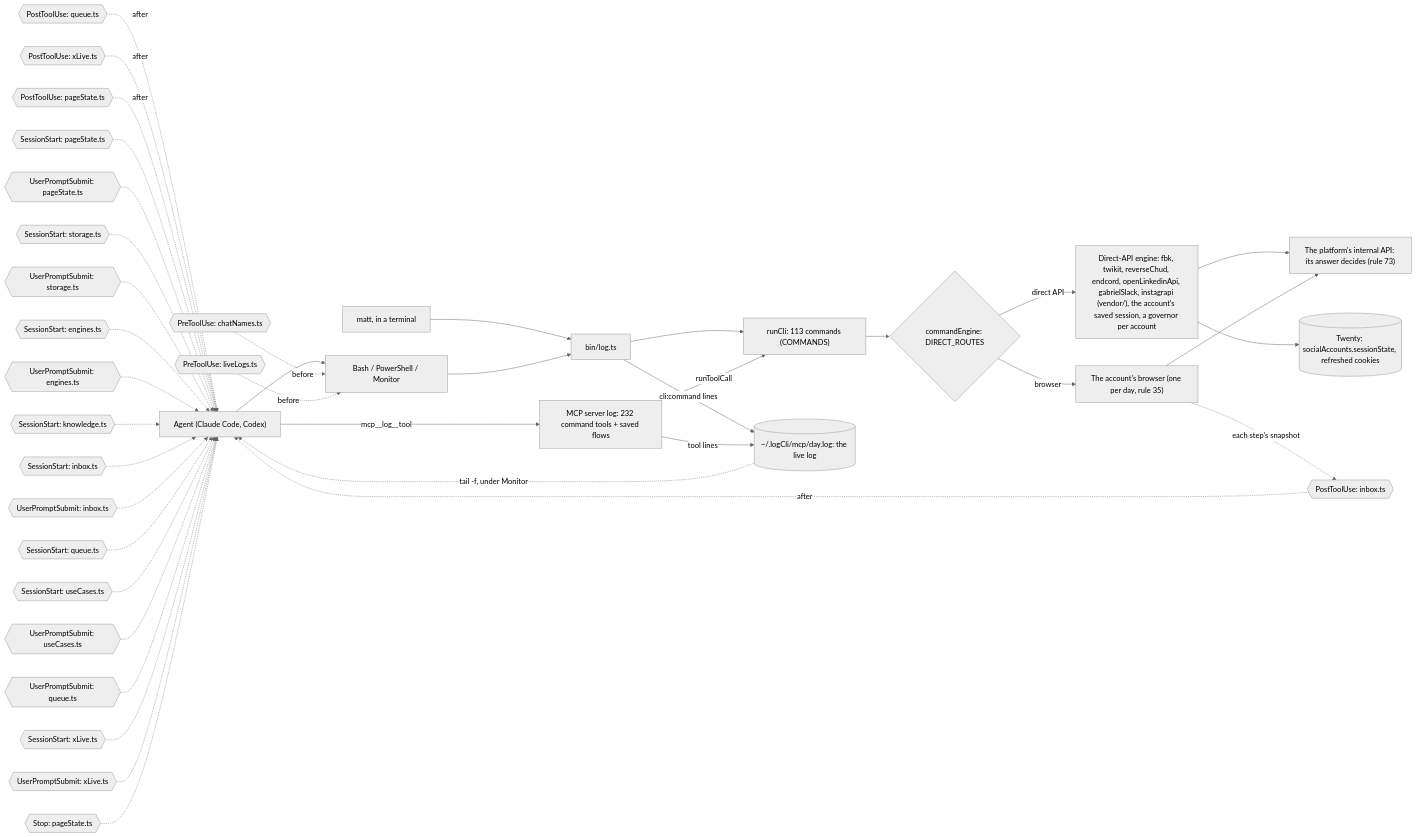
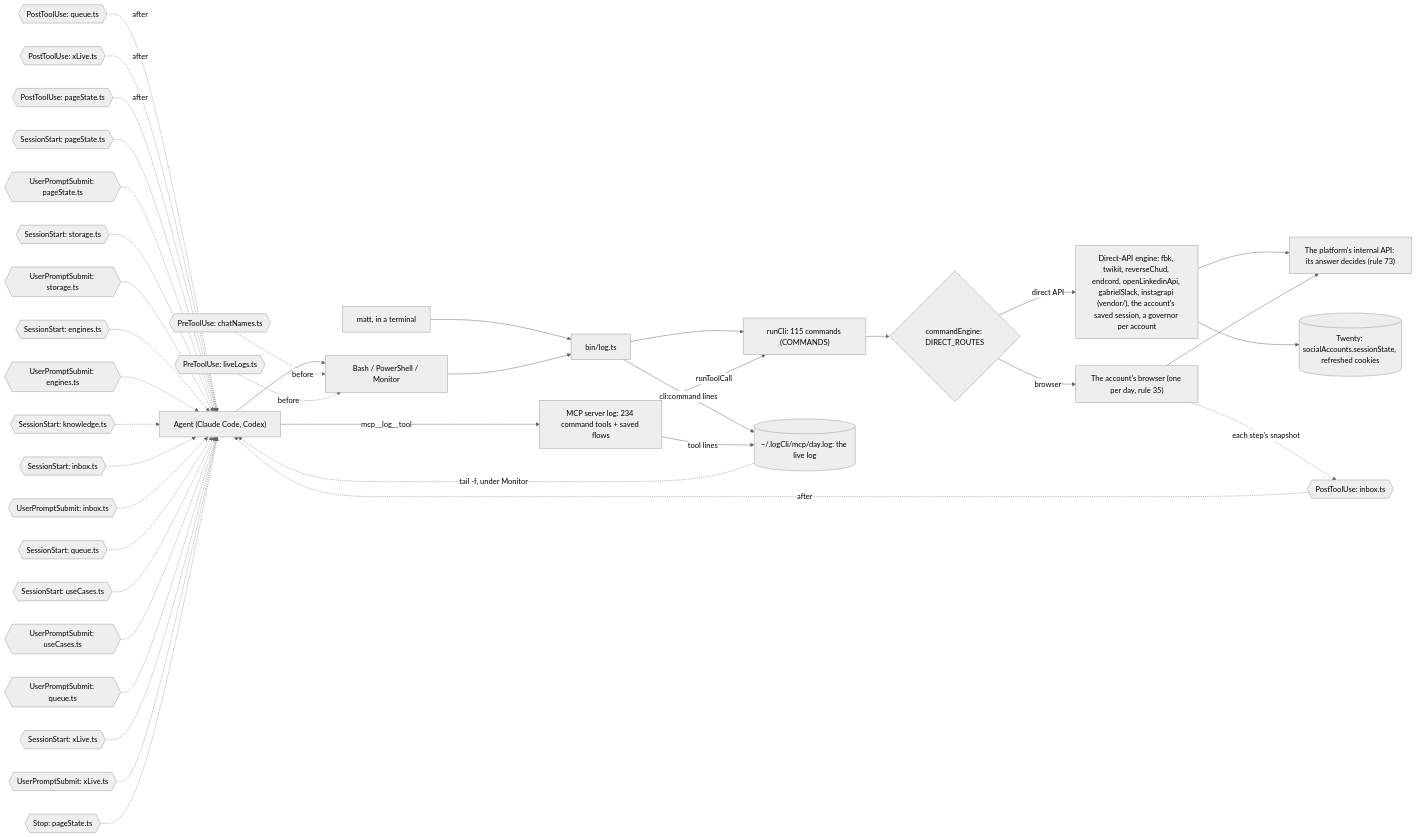
Before and after one commit to matthewdonsemail-lab/log: the third of 6 diagrams in docs/reference.md, drawn with Mermaid (neutral theme). The commit also changed other lines of this file and 46 other files, not shown here.

````diff
--- a/docs/reference.md
+++ b/docs/reference.md
@@ -195,53 +195,53 @@
 ```mermaid
 flowchart LR
   agent["Agent (Claude Code, Codex)"]
   matt["matt, in a terminal"]
   shell["Bash / PowerShell / Monitor"]
-  mcp["MCP server log: 232 command tools + saved flows"]
+  mcp["MCP server log: 234 command tools + saved flows"]
   bin["bin/log.ts"]
-  runCli["runCli: 113 commands (COMMANDS)"]
+  runCli["runCli: 115 commands (COMMANDS)"]
   live[("~/.logCli/mcp/day.log: the live log")]
   engine{"commandEngine: DIRECT_ROUTES"}
   direct["Direct-API engine: fbk, twikit, reverseChud, endcord, openLinkedinApi, gabrielSlack, instagrapi (vendor/), the account's saved session, a governor per account"]
   browser["The account's browser (one per day, rule 35)"]
   api["The platform's internal API: its answer decides (rule 73)"]
   twenty[("Twenty: socialAccounts.sessionState, refreshed cookies")]
   agent --> shell
   matt --> bin
   shell --> bin
   agent -->|mcp__log__tool| mcp
   bin --> runCli
   mcp -->|runToolCall| runCli
   runCli --> engine
   engine -->|direct API| direct
   engine -->|browser| browser
   direct --> api
   browser --> api
   direct --> twenty
   bin -->|cli:command lines| live
   mcp -->|tool lines| live
   live -.->|tail -f, under Monitor| agent
   pre0{{"PreToolUse: chatNames.ts"}} -.->|before| shell
   pre1{{"PreToolUse: liveLogs.ts"}} -.->|before| shell
   post0{{"PostToolUse: inbox.ts"}} -.->|after| agent
   post1{{"PostToolUse: queue.ts"}} -.->|after| agent
   post2{{"PostToolUse: xLive.ts"}} -.->|after| agent
   post3{{"PostToolUse: pageState.ts"}} -.->|after| agent
   turn0{{"SessionStart: pageState.ts"}} -.-> agent
   turn1{{"UserPromptSubmit: pageState.ts"}} -.-> agent
   turn2{{"SessionStart: storage.ts"}} -.-> agent
   turn3{{"UserPromptSubmit: storage.ts"}} -.-> agent
   turn4{{"SessionStart: engines.ts"}} -.-> agent
   turn5{{"UserPromptSubmit: engines.ts"}} -.-> agent
   turn6{{"SessionStart: knowledge.ts"}} -.-> agent
   turn7{{"SessionStart: inbox.ts"}} -.-> agent
   turn8{{"UserPromptSubmit: inbox.ts"}} -.-> agent
   turn9{{"SessionStart: queue.ts"}} -.-> agent
   turn10{{"SessionStart: useCases.ts"}} -.-> agent
   turn11{{"UserPromptSubmit: useCases.ts"}} -.-> agent
   turn12{{"UserPromptSubmit: queue.ts"}} -.-> agent
   turn13{{"SessionStart: xLive.ts"}} -.-> agent
   turn14{{"UserPromptSubmit: xLive.ts"}} -.-> agent
   turn15{{"Stop: pageState.ts"}} -.-> agent
   browser -.->|each step's snapshot| post0
 ```
````
